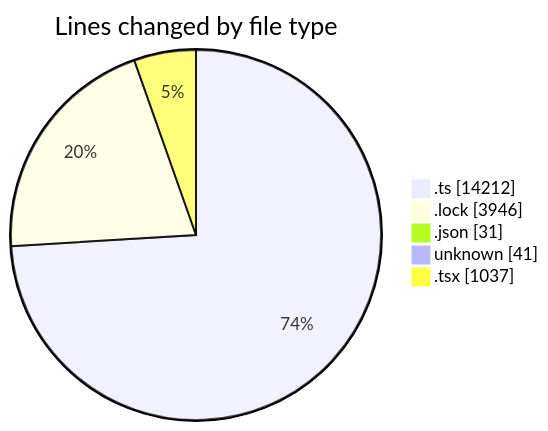
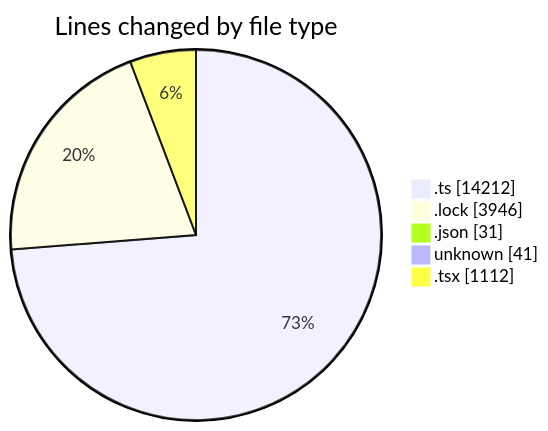
Before and after one commit to momahboobian/code-tracking: the first of 2 diagrams in 2025-08-19/cda/README.md, drawn with Mermaid. The commit also changed other lines of this file and 1 other file, not shown here.

````diff
--- a/2025-08-19/cda/README.md
+++ b/2025-08-19/cda/README.md
@@ -33,9 +34,9 @@
 ```mermaid
 pie showData
 title Lines changed by file type
 ".ts" : 14212
 ".lock" : 3946
 ".json" : 31
 "unknown" : 41
-".tsx" : 1037
+".tsx" : 1112
 ```
````
